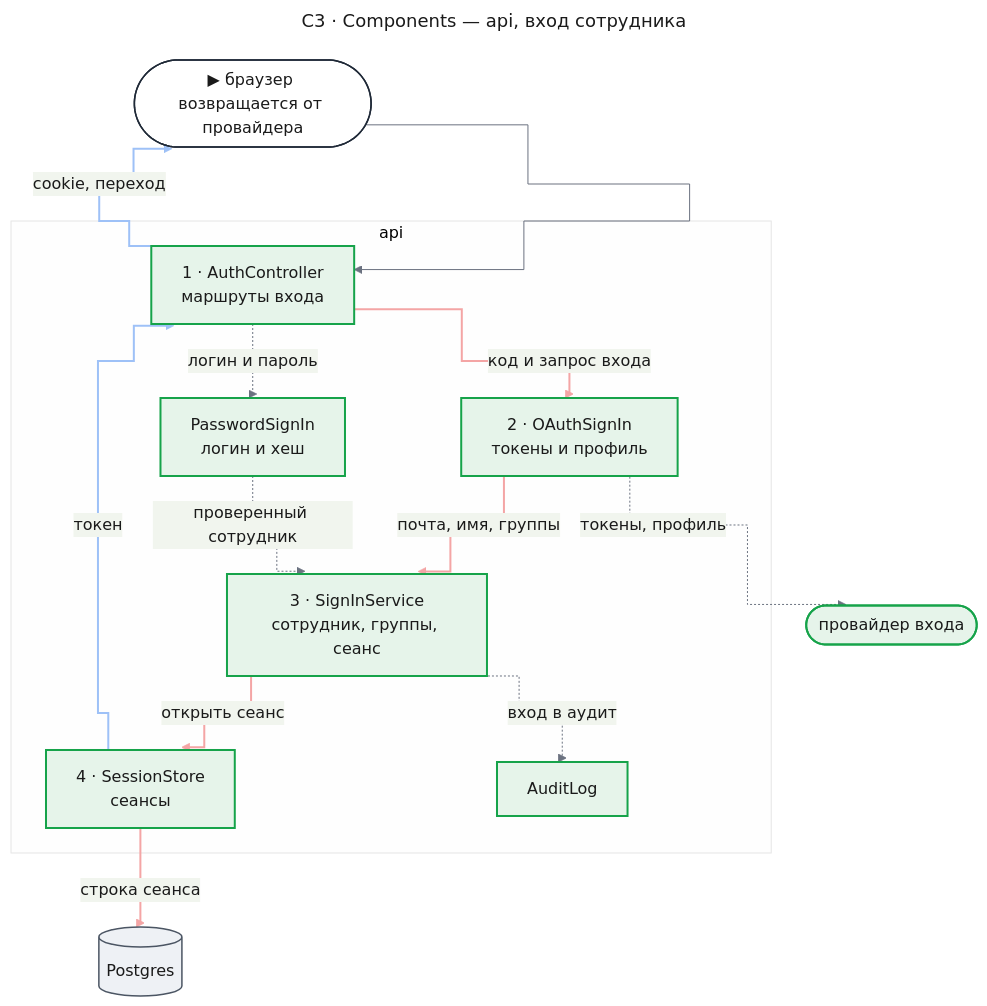
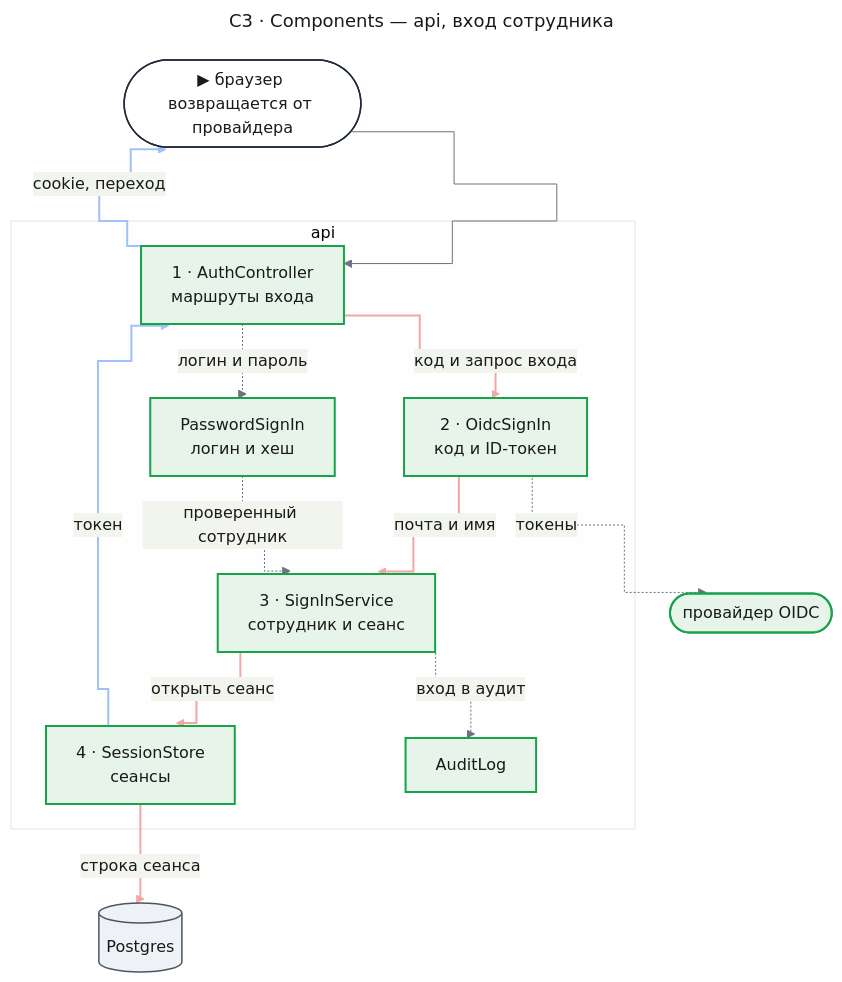
Before and after one commit to tundraray/agent-os: the third of 8 diagrams in docs/features/enterprise-access/design-identity.md, drawn with Mermaid. The commit also changed other lines of this file and 1 other file, not shown here.

Commit message:
docs(enterprise-access): cut identity to OIDC providers, panel roles and a self-stopping block

````diff
--- a/docs/features/enterprise-access/design-identity.md
+++ b/docs/features/enterprise-access/design-identity.md
@@ -310,61 +293,61 @@
 ```mermaid
 ---
 title: "C3 · Components — api, вход сотрудника"
 config:
   theme: base
   look: classic
   themeVariables:
     primaryColor: "#eef1f5"
     primaryBorderColor: "#4b5563"
     primaryTextColor: "#1a1a1a"
     lineColor: "#6b7280"
   flowchart:
     curve: step
   themeCSS: |
     @keyframes lit_c3a{0%,15%{stroke:#991b1b;stroke-width:6px}16.67%,100%{stroke:#f4a5a5;stroke-width:2px}}
     @keyframes litr_c3a{0%,15%{stroke:#1d4ed8;stroke-width:6px}16.67%,100%{stroke:#9ec1f7;stroke-width:2px}}
 ---
 flowchart TB
     entry(["▶ браузер возвращается от провайдера"])
     subgraph api["api"]
         ctl["1 · AuthController<br/>маршруты входа"]
-        proto["2 · OAuthSignIn<br/>токены и профиль"]
-        sign["3 · SignInService<br/>сотрудник, группы, сеанс"]
+        proto["2 · OidcSignIn<br/>код и ID-токен"]
+        sign["3 · SignInService<br/>сотрудник и сеанс"]
         sess["4 · SessionStore<br/>сеансы"]
         pwd["PasswordSignIn<br/>логин и хеш"]
         audit["AuditLog"]
     end
     db[("Postgres")]
-    idp(["провайдер входа"])
+    idp(["провайдер OIDC"])
     entry --> ctl
     ctl e1@-->|"код и запрос входа"| proto
-    proto e2@-->|"почта, имя, группы"| sign
+    proto e2@-->|"почта и имя"| sign
     sign e3@-->|"открыть сеанс"| sess
     sess e4@-->|"строка сеанса"| db
     sess e5@-->|"токен"| ctl
     ctl e6@-->|"cookie, переход"| entry
     ctl -.->|"логин и пароль"| pwd
     pwd -.->|"проверенный сотрудник"| sign
-    proto -.->|"токены, профиль"| idp
+    proto -.->|"токены"| idp
     sign -.->|"вход в аудит"| audit
     classDef entry fill:#ffffff,stroke:#1f2937,stroke-width:1.5px,color:#1a1a1a
     classDef changed fill:#fde8e8,stroke:#dc2626,stroke-width:2px,color:#1a1a1a
     classDef new fill:#e6f4ea,stroke:#16a34a,stroke-width:2px,color:#1a1a1a
     classDef unchanged fill:#eef1f5,stroke:#4b5563,stroke-width:1.5px,color:#1a1a1a
     classDef w1 stroke:#f4a5a5,stroke-width:2px,animation:lit_c3a 7.2s linear 0s infinite
     classDef w2 stroke:#f4a5a5,stroke-width:2px,animation:lit_c3a 7.2s linear 1.2s infinite
     classDef w3 stroke:#f4a5a5,stroke-width:2px,animation:lit_c3a 7.2s linear 2.4s infinite
     classDef w4 stroke:#f4a5a5,stroke-width:2px,animation:lit_c3a 7.2s linear 3.6s infinite
     classDef r1 stroke:#9ec1f7,stroke-width:2px,animation:litr_c3a 7.2s linear 4.8s infinite
     classDef r2 stroke:#9ec1f7,stroke-width:2px,animation:litr_c3a 7.2s linear 6s infinite
     class entry entry
     class ctl,proto,sign,sess,pwd,audit new
     class db unchanged
     class idp new
     class e1 w1
     class e2 w2
     class e3 w3
     class e4 w4
     class e5 r1
     class e6 r2
 ```
````
